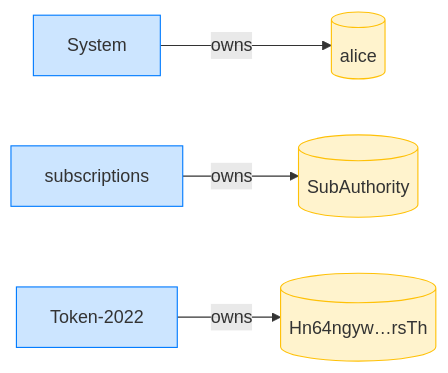
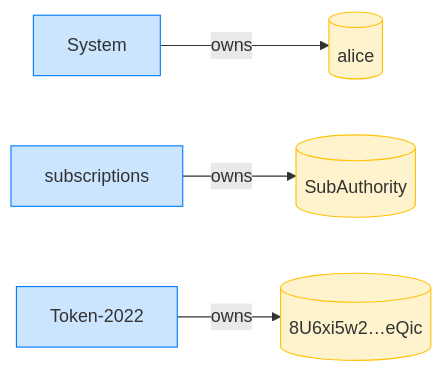
Before and after one commit to cds-rs/subscriptions: the fourth of 12 diagrams in dsl_tests/recurring-transfer-over-a-token-2022-confidential-transfer-mint.md, drawn with Mermaid. The commit also changed other lines of this file and 224 other files, not shown here.

````diff
--- a/dsl_tests/recurring-transfer-over-a-token-2022-confidential-transfer-mint.md
+++ b/dsl_tests/recurring-transfer-over-a-token-2022-confidential-transfer-mint.md
@@ -73,14 +78,14 @@
 ```mermaid
 flowchart LR
     classDef owner fill:#cce5ff,stroke:#007bff;
     classDef account fill:#fff3cd,stroke:#ffc107;
     System[System]:::owner
     alice[(alice)]:::account
     subscriptions[subscriptions]:::owner
     SubAuthority[(SubAuthority)]:::account
     Token_2022["Token-2022"]:::owner
-    Hn64ngyw_rsTh[("Hn64ngyw…rsTh")]:::account
+    8U6xi5w2_eQic[("8U6xi5w2…eQic")]:::account
     System -->|owns| alice
     subscriptions -->|owns| SubAuthority
-    Token_2022 -->|owns| Hn64ngyw_rsTh
+    Token_2022 -->|owns| 8U6xi5w2_eQic
 ```
````
